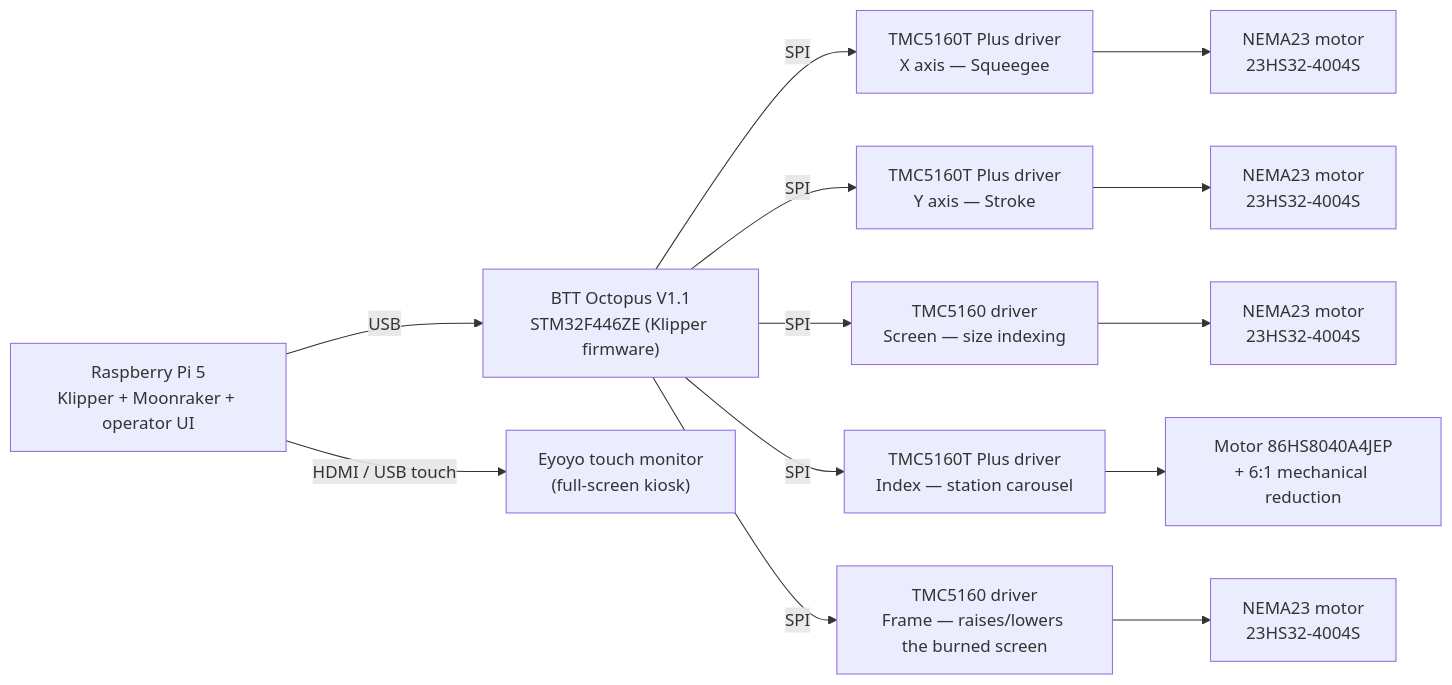
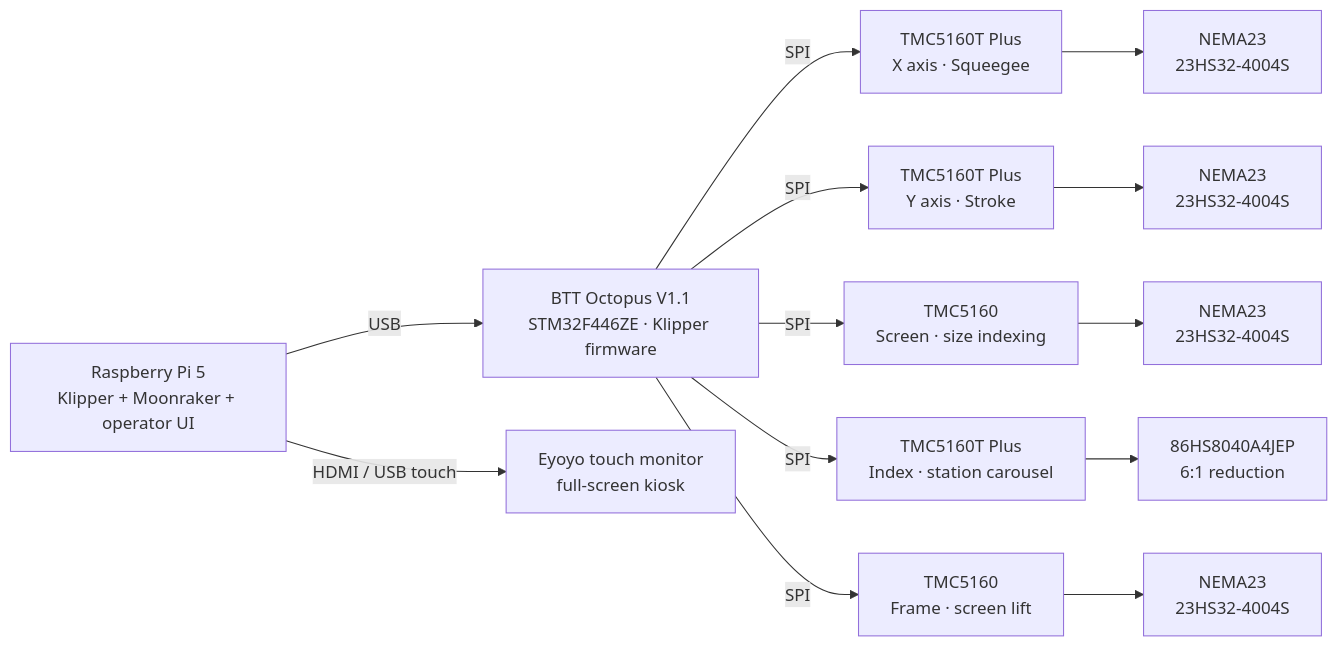
One commit to erwin620/LP1-corexy-codigo changed the diagram in README.md. Above: the diagram before and after it, drawn with Mermaid. The commit also changed other lines of this file and 2 other files, not shown here.

````diff
--- a/README.md
+++ b/README.md
@@ -9,17 +20,17 @@
 ```mermaid
 flowchart LR
-    Pi["Raspberry Pi 5<br/>Klipper + Moonraker + operator UI"] -- USB --> Octopus["BTT Octopus V1.1<br/>STM32F446ZE (Klipper firmware)"]
-    Pi -- HDMI / USB touch --> Monitor["Eyoyo touch monitor<br/>(full-screen kiosk)"]
+    Pi["Raspberry Pi 5<br/>Klipper + Moonraker + operator UI"] -- USB --> Octopus["BTT Octopus V1.1<br/>STM32F446ZE · Klipper firmware"]
+    Pi -- HDMI / USB touch --> Monitor["Eyoyo touch monitor<br/>full-screen kiosk"]
 
-    Octopus -- SPI --> DX["TMC5160T Plus driver<br/>X axis — Squeegee"]
-    Octopus -- SPI --> DY["TMC5160T Plus driver<br/>Y axis — Stroke"]
-    Octopus -- SPI --> DS["TMC5160 driver<br/>Screen — size indexing"]
-    Octopus -- SPI --> DI["TMC5160T Plus driver<br/>Index — station carousel"]
-    Octopus -- SPI --> DM["TMC5160 driver<br/>Frame — raises/lowers the burned screen"]
+    Octopus -- SPI --> DX["TMC5160T Plus<br/>X axis · Squeegee"]
+    Octopus -- SPI --> DY["TMC5160T Plus<br/>Y axis · Stroke"]
+    Octopus -- SPI --> DS["TMC5160<br/>Screen · size indexing"]
+    Octopus -- SPI --> DI["TMC5160T Plus<br/>Index · station carousel"]
+    Octopus -- SPI --> DM["TMC5160<br/>Frame · screen lift"]
 
-    DX --> MX["NEMA23 motor<br/>23HS32-4004S"]
-    DY --> MY["NEMA23 motor<br/>23HS32-4004S"]
-    DS --> MS["NEMA23 motor<br/>23HS32-4004S"]
-    DI --> MI["Motor 86HS8040A4JEP<br/>+ 6:1 mechanical reduction"]
-    DM --> MM["NEMA23 motor<br/>23HS32-4004S"]
+    DX --> MX["NEMA23<br/>23HS32-4004S"]
+    DY --> MY["NEMA23<br/>23HS32-4004S"]
+    DS --> MS["NEMA23<br/>23HS32-4004S"]
+    DI --> MI["86HS8040A4JEP<br/>6:1 reduction"]
+    DM --> MM["NEMA23<br/>23HS32-4004S"]
 ```
````
